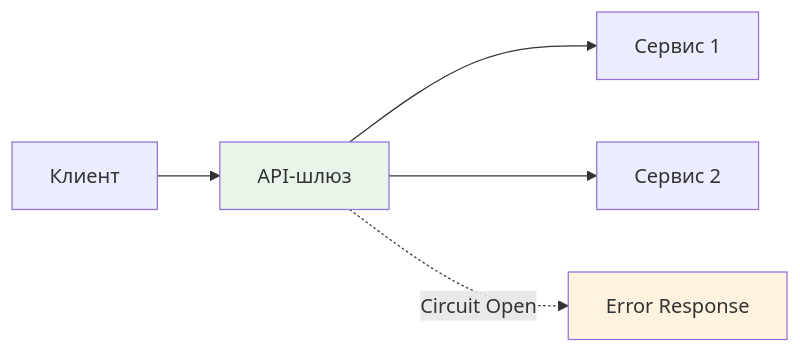
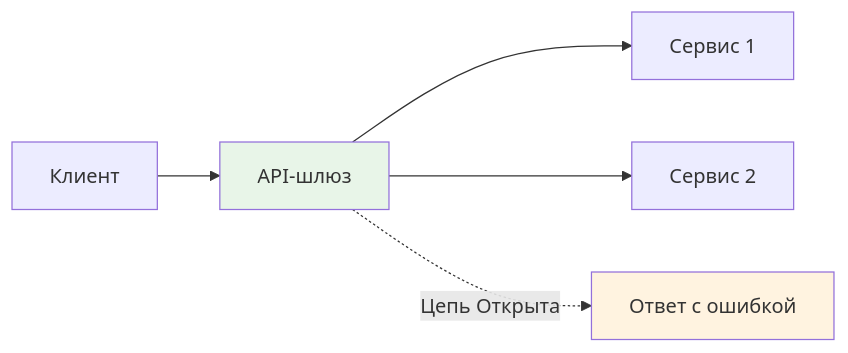
One commit to razkevich/system_design_course changed the sixth of 8 diagrams in 6_fault_tolerance/circuit_breakers_ru.md. Above: the diagram before and after it, drawn with Mermaid. The commit also changed other lines of this file and 7 other files, not shown here.

````diff
--- a/6_fault_tolerance/circuit_breakers_ru.md
+++ b/6_fault_tolerance/circuit_breakers_ru.md
@@ -148,10 +148,10 @@
 ```mermaid
 graph LR
 C[Клиент] --> GW[API-шлюз]
 GW --> S1[Сервис 1]
 GW --> S2[Сервис 2]
-GW -.->|Circuit Open| FB[Error Response]
+GW -.->|Цепь Открыта| FB[Ответ с ошибкой]
 
 style GW fill:#e8f5e8
 style FB fill:#fff3e0
 ```
````
